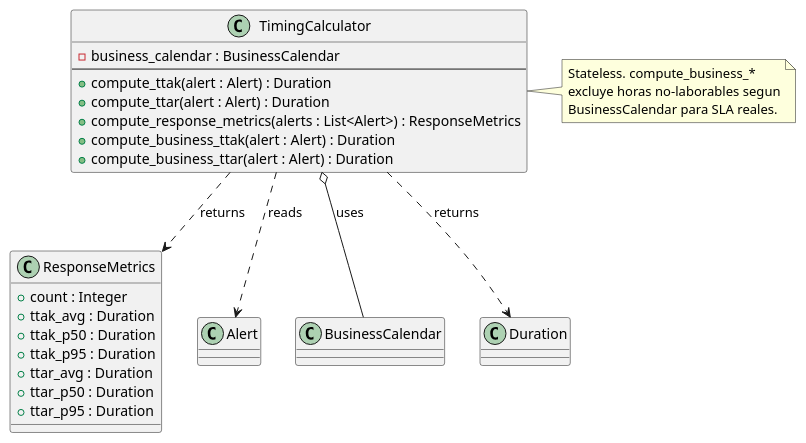
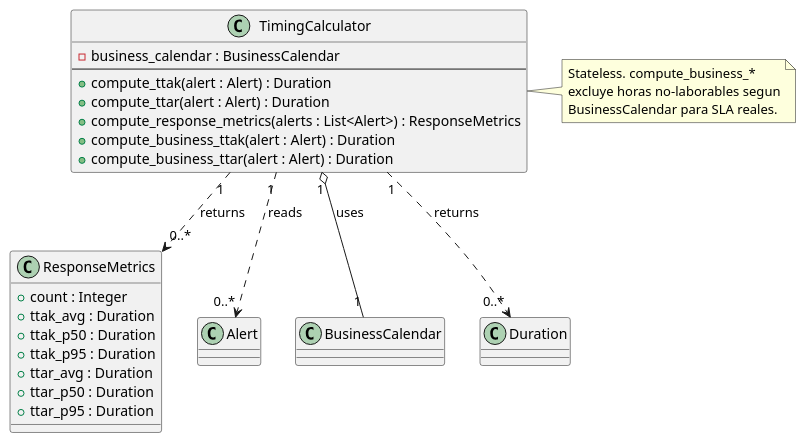
One commit to jcg-admin/IACT-docs changed the diagram in source/arquitectura-tecnica/domain-model/timing-calculator.rst. Above: the diagram before and after it, drawn with PlantUML. The commit also changed 44 other files, not shown here.

First line of the commit message:
Apply UML rigor pass batch 3: sweep multiplicities + checklist

```diff
--- a/source/arquitectura-tecnica/domain-model/timing-calculator.rst
+++ b/source/arquitectura-tecnica/domain-model/timing-calculator.rst
@@ -31,42 +31,42 @@
 .. uml::
  :caption: Clase TimingCalculator — métricas de respuesta
            TTAK / TTAR sobre Alert.
 
  @startuml
 
  class TimingCalculator {
    - business_calendar : BusinessCalendar
    --
    + compute_ttak(alert : Alert) : Duration
    + compute_ttar(alert : Alert) : Duration
    + compute_response_metrics(alerts : List<Alert>) : ResponseMetrics
    + compute_business_ttak(alert : Alert) : Duration
    + compute_business_ttar(alert : Alert) : Duration
  }
 
  class ResponseMetrics {
    + count : Integer
    + ttak_avg : Duration
    + ttak_p50 : Duration
    + ttak_p95 : Duration
    + ttar_avg : Duration
    + ttar_p50 : Duration
    + ttar_p95 : Duration
  }
 
  class Alert
  class BusinessCalendar
  class Duration
 
- TimingCalculator o-- BusinessCalendar : uses
- TimingCalculator ..> Alert : reads
- TimingCalculator ..> ResponseMetrics : returns
- TimingCalculator ..> Duration : returns
+ TimingCalculator "1" o-- "1" BusinessCalendar : uses
+ TimingCalculator "1" ..> "0..*" Alert : reads
+ TimingCalculator "1" ..> "0..*" ResponseMetrics : returns
+ TimingCalculator "1" ..> "0..*" Duration : returns
 
  note right of TimingCalculator
    Stateless. compute_business_*
    excluye horas no-laborables segun
    BusinessCalendar para SLA reales.
  end note
 
  @enduml
```
